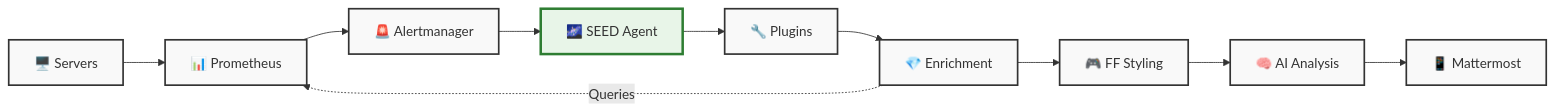
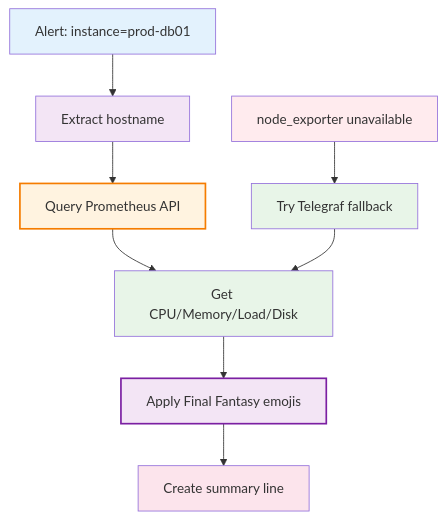
Before and after one commit to Genacvali/seed: the fourth of 4 diagrams in mermaid_diagram.md, drawn with Mermaid. The commit also changed other lines of this file, not shown here.

````diff
--- a/mermaid_diagram.md
+++ b/mermaid_diagram.md
@@ -173,17 +80,20 @@
 ```mermaid
-flowchart LR
-    A[🖥️ Servers] --> B[📊 Prometheus]
-    B --> C[🚨 Alertmanager] 
-    C --> D[🌌 SEED Agent]
-    D --> E[🔧 Plugins]
-    E --> F[💎 Enrichment]
-    F --> G[🎮 FF Styling]  
-    G --> H[🧠 AI Analysis]
-    H --> I[📱 Mattermost]
+flowchart TD
+    A["Alert: instance=prod-db01"] --> B["Extract hostname"]
+    B --> C["Query Prometheus API"]
+    C --> D["Get CPU/Memory/Load/Disk"]
+    D --> E["Apply Final Fantasy emojis"]
+    E --> F["Create summary line"]
     
-    F -.->|Queries| B
+    G["node_exporter unavailable"] --> H["Try Telegraf fallback"]
+    H --> D
     
-    classDef default fill:#f9f9f9,stroke:#333,stroke-width:2px
-    classDef highlight fill:#e8f5e8,stroke:#2e7d32,stroke-width:3px
-    class D highlight
+    style A fill:#e3f2fd
+    style B fill:#f3e5f5
+    style C fill:#fff3e0,stroke:#f57c00,stroke-width:2px
+    style D fill:#e8f5e8
+    style E fill:#f3e5f5,stroke:#7b1fa2,stroke-width:2px
+    style F fill:#fce4ec
+    style G fill:#ffebee
+    style H fill:#e8f5e8
 ```
````
